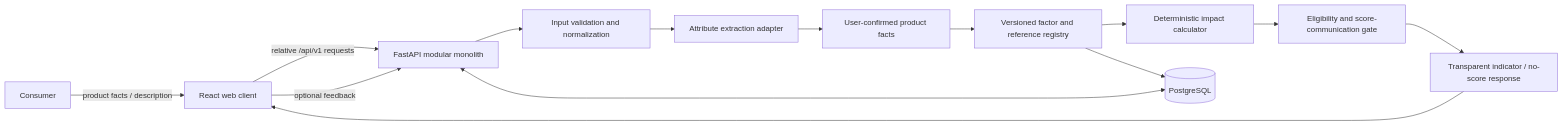
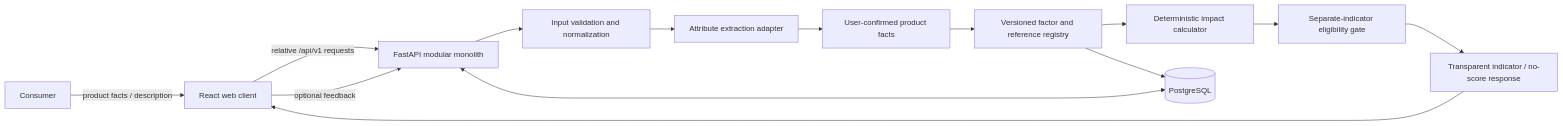
One commit to K-Anjan25/Environmental-impact-analyzer changed the diagram in architecture.md. Above: the diagram before and after it, drawn with Mermaid. The commit also changed other lines of this file and 17 other files, not shown here.

````diff
--- a/architecture.md
+++ b/architecture.md
@@ -31,16 +31,16 @@
 ```mermaid
 flowchart LR
     U[Consumer] -->|product facts / description| W[React web client]
     W -->|relative /api/v1 requests| A[FastAPI modular monolith]
     A --> V[Input validation and normalization]
     V --> X[Attribute extraction adapter]
     X --> C[User-confirmed product facts]
     C --> F[Versioned factor and reference registry]
     F --> I[Deterministic impact calculator]
-    I --> S[Eligibility and score-communication gate]
+    I --> S[Separate-indicator eligibility gate]
     S --> R[Transparent indicator / no-score response]
     A <--> D[(PostgreSQL)]
     F --> D
     R --> W
     W -->|optional feedback| A
 ```
````
